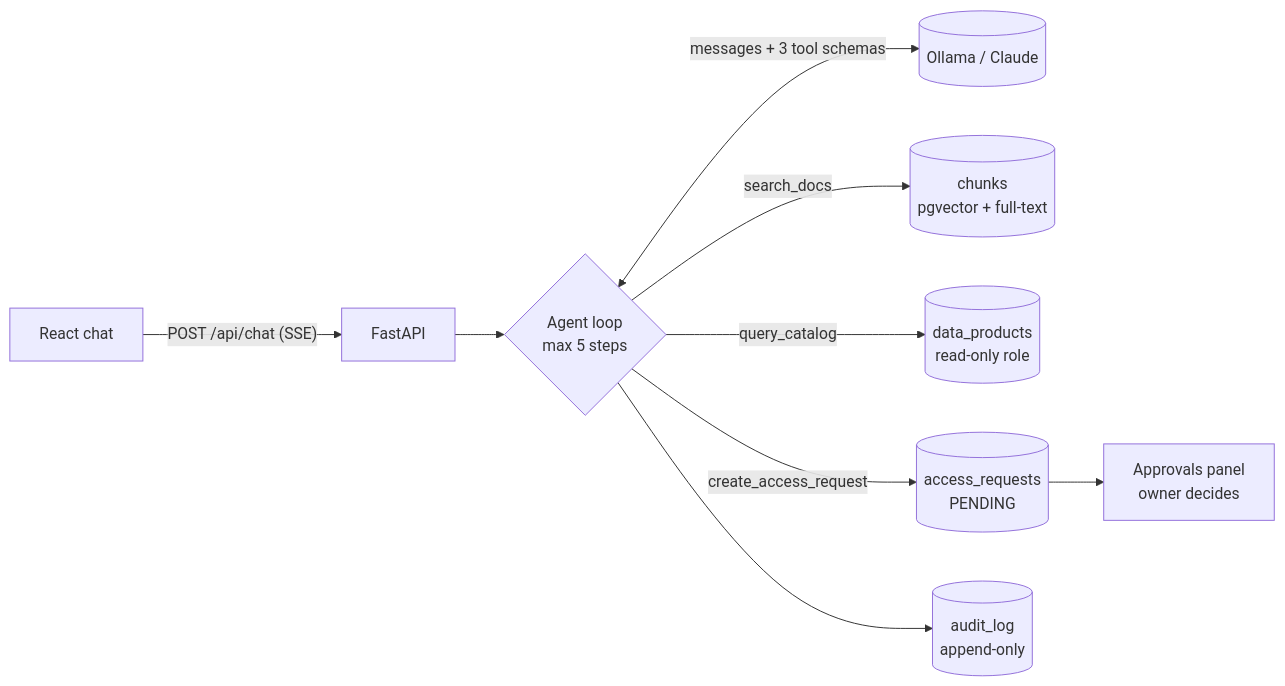
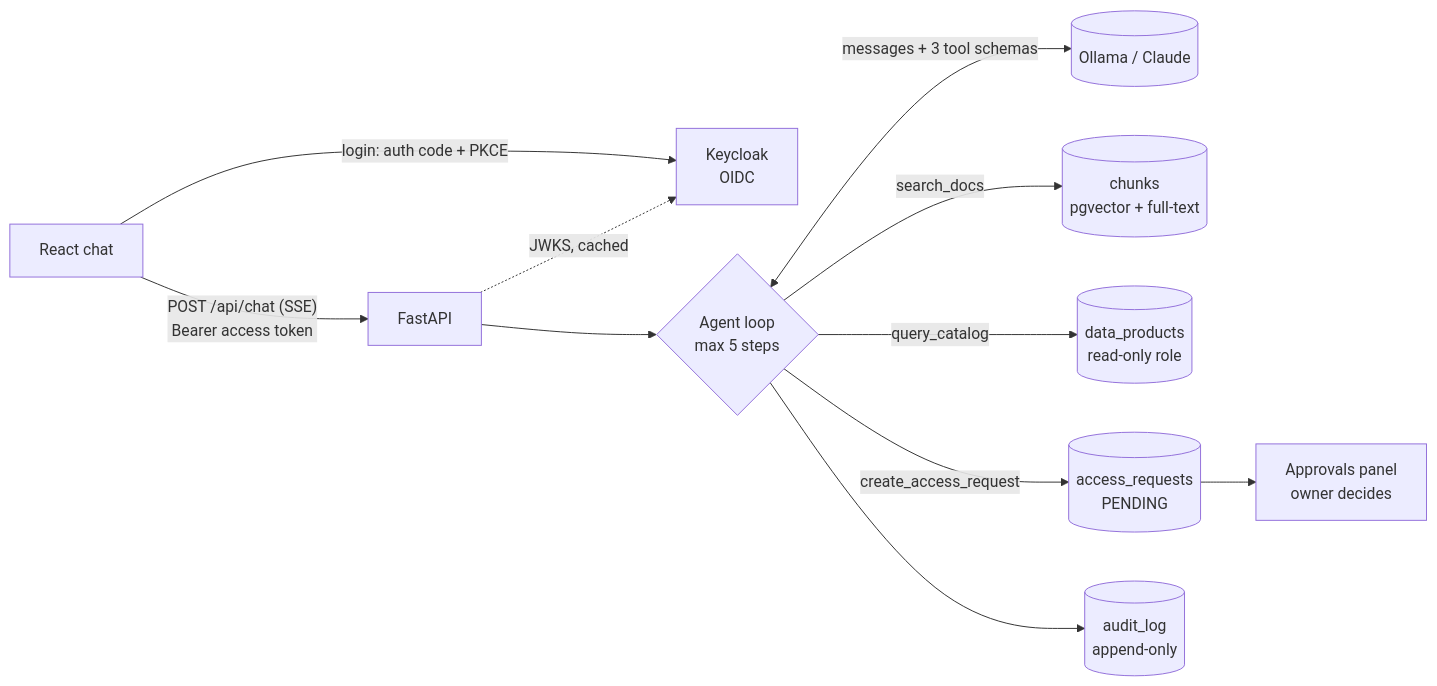
The diagram in README.md (andreadereque/platform-copilot), drawn with Mermaid before and after one commit. The commit also changed other lines of this file and 1 other file, not shown here.

Commit message:
docs: ARCHITECTURE.md and README for login, pagination, concurrency, rate limit

````diff
--- a/README.md
+++ b/README.md
@@ -17,11 +21,13 @@
 ```mermaid
 flowchart LR
-    UI[React chat] -- "POST /api/chat (SSE)" --> API[FastAPI]
+    UI[React chat] -- "login: auth code + PKCE" --> KC[Keycloak<br/>OIDC]
+    UI -- "POST /api/chat (SSE)<br/>Bearer access token" --> API[FastAPI]
+    API -. "JWKS, cached" .-> KC
     API --> A{Agent loop<br/>max 5 steps}
     A <-- "messages + 3 tool schemas" --> LLM[(Ollama / Claude)]
     A -- search_docs --> R[(chunks<br/>pgvector + full-text)]
     A -- query_catalog --> C[(data_products<br/>read-only role)]
     A -- create_access_request --> Q[(access_requests<br/>PENDING)]
     Q --> P[Approvals panel<br/>owner decides]
     A --> L[(audit_log<br/>append-only)]
 ```
````
